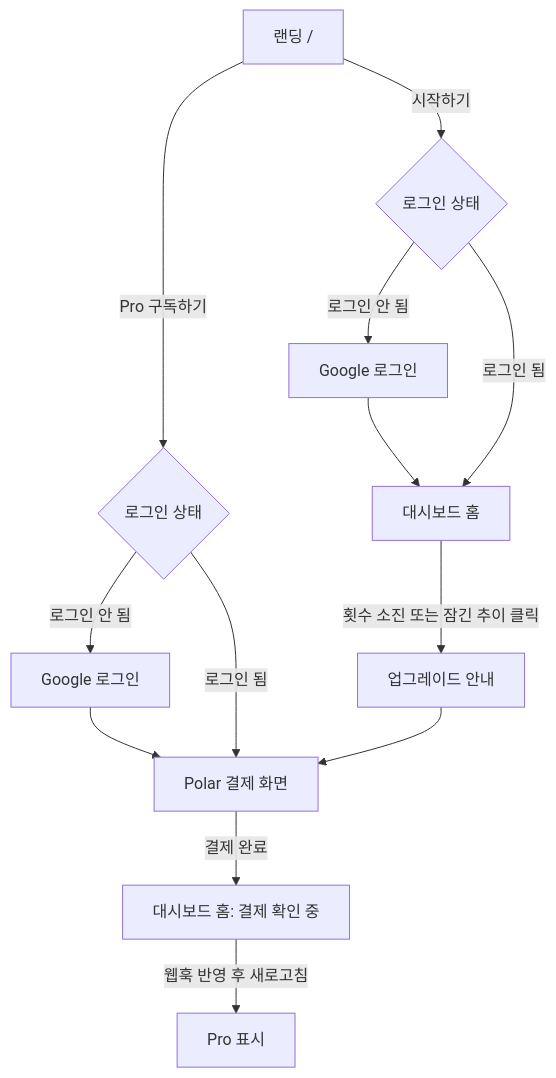
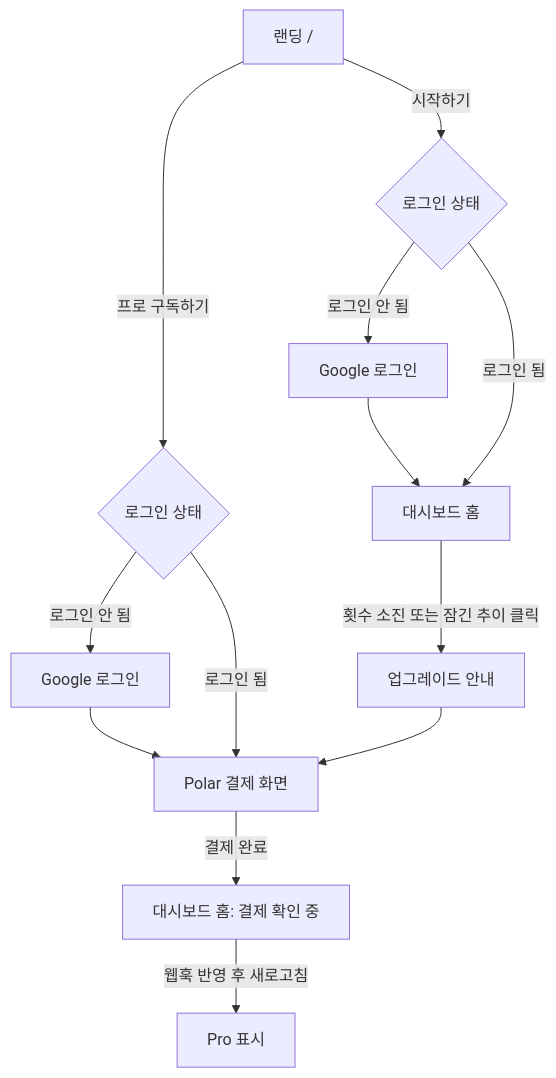
The first of 3 diagrams in docs/PRD.md (ccy-dxtech/finsight), drawn with Mermaid before and after one commit. The commit also changed other lines of this file and 4 other files, not shown here.

````diff
--- a/docs/PRD.md
+++ b/docs/PRD.md
@@ -64,12 +64,12 @@
 ```mermaid
 flowchart TD
   L["랜딩 /"] -->|시작하기| A{로그인 상태}
   A -->|로그인 안 됨| G["Google 로그인"] --> D["대시보드 홈"]
   A -->|로그인 됨| D
-  L -->|Pro 구독하기| B{로그인 상태}
+  L -->|프로 구독하기| B{로그인 상태}
   B -->|로그인 안 됨| G2["Google 로그인"] --> C["Polar 결제 화면"]
   B -->|로그인 됨| C
   C -->|결제 완료| S["대시보드 홈: 결제 확인 중"]
   S -->|웹훅 반영 후 새로고침| P["Pro 표시"]
   D -->|횟수 소진 또는 잠긴 추이 클릭| U["업그레이드 안내"] --> C
 ```
````
